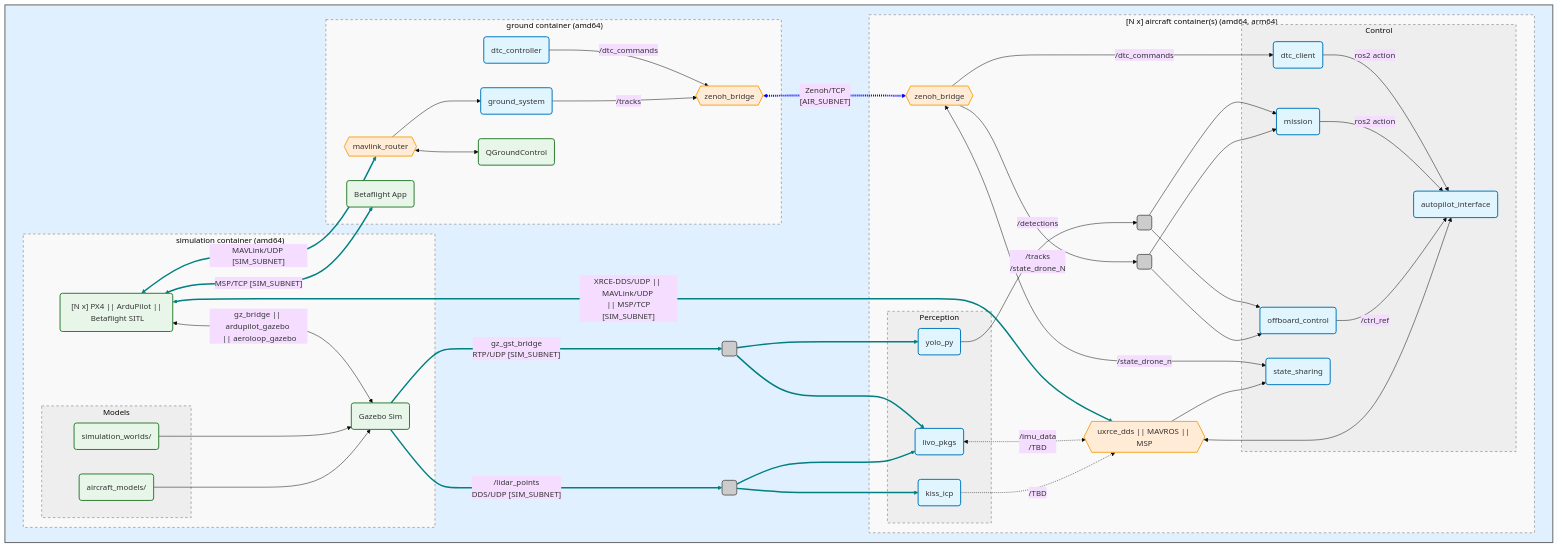
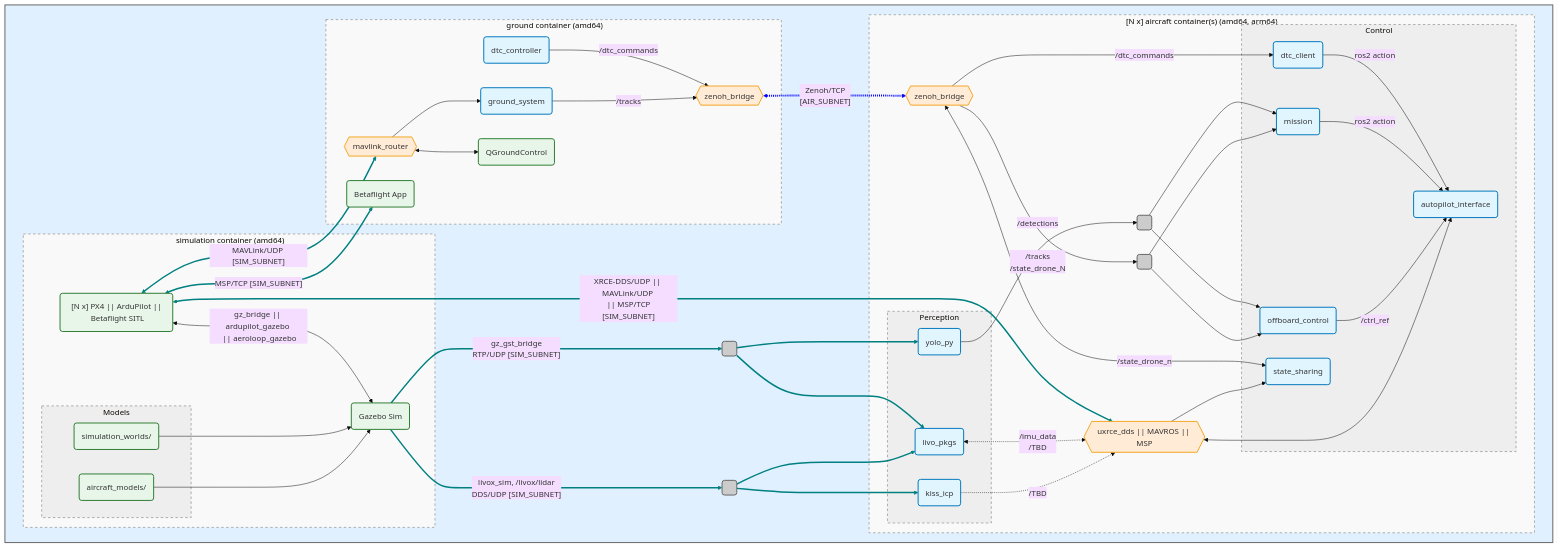
Before and after one commit to JacopoPan/aerial-autonomy-stack: the diagram in README.md, drawn with Mermaid. The commit also changed other lines of this file and 15 other files, not shown here.

```diff
--- a/README.md
+++ b/README.md
@@ -416,7 +416,7 @@
         camera_split( ):::splitNode
     end
 
-    gz --> |"/lidar_points <br/> DDS/UDP [SIM_SUBNET]"| lidar_split
+    gz --> |"livox_sim, /livox/lidar <br/> DDS/UDP [SIM_SUBNET]"| lidar_split
     lidar_split --> kiss_icp
     lidar_split --> livo_pkgs
     gz --> |"gz_gst_bridge <br/> RTP/UDP [SIM_SUBNET]"| camera_split
```
